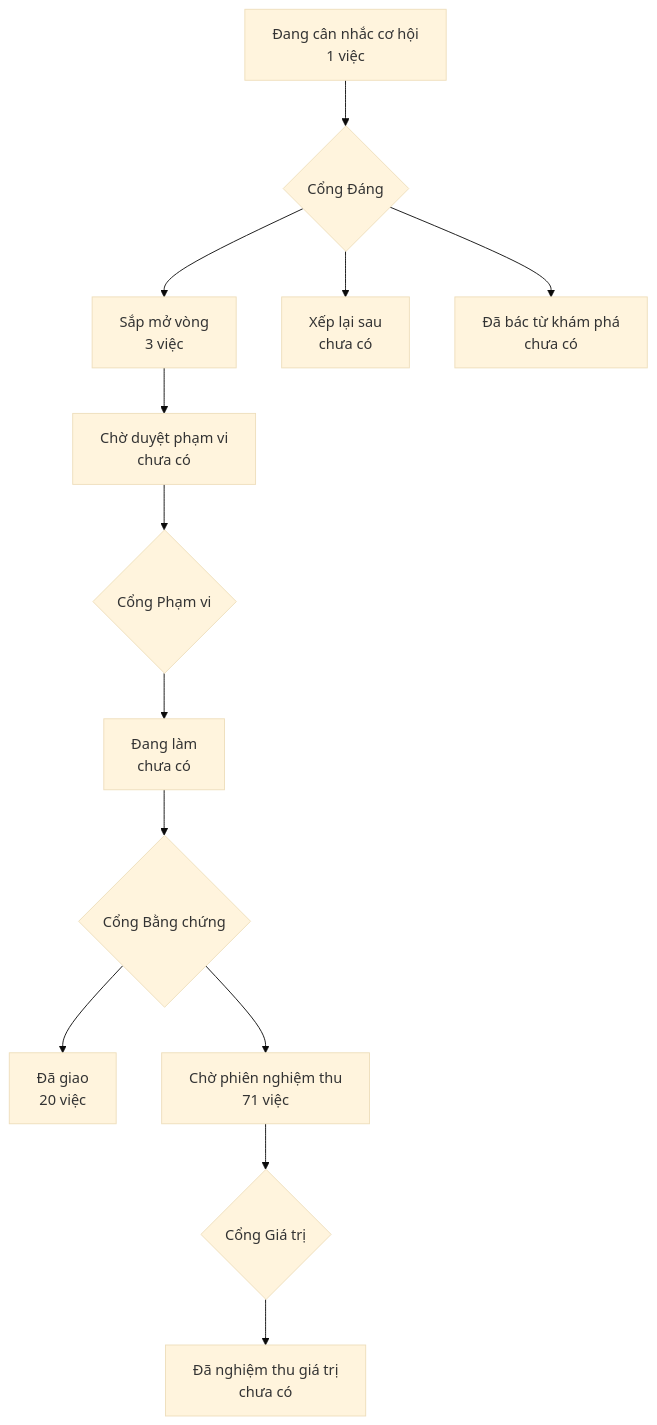
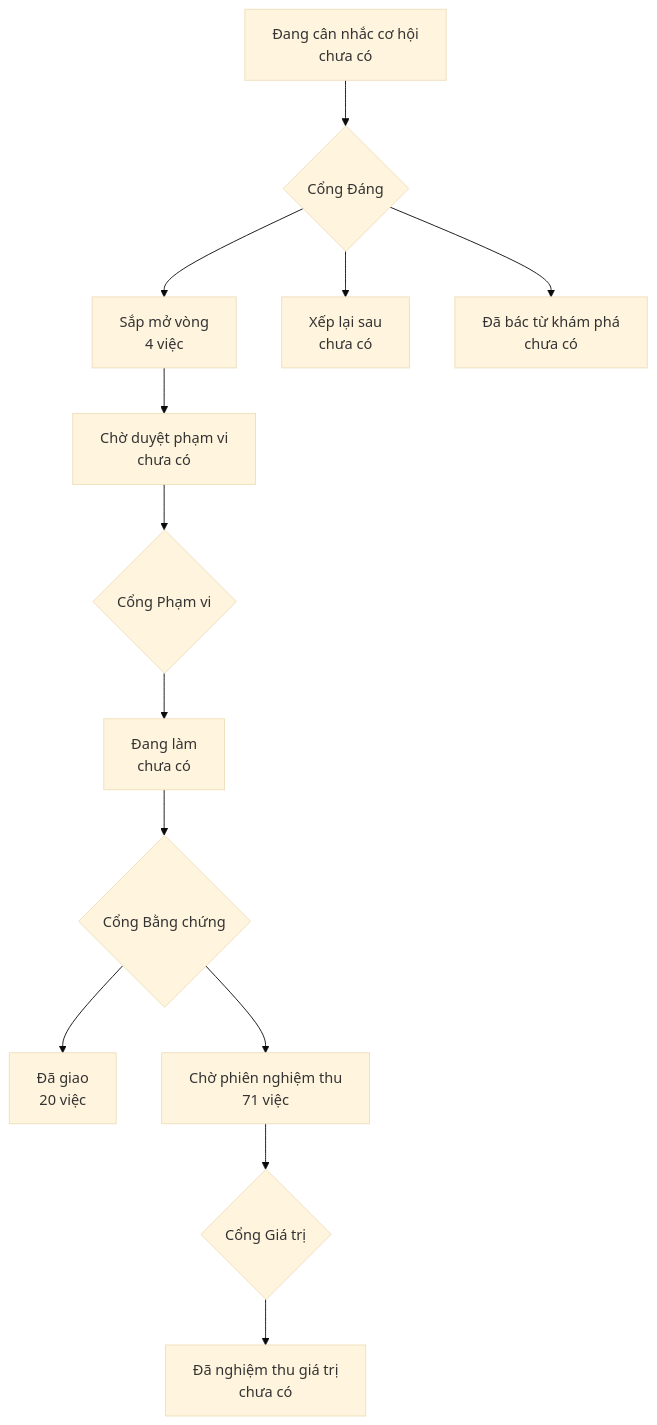
Before and after one commit to phanlemanh/onehub-quy-hang: the diagram in PRODUCT-MAP.md, drawn with Mermaid (base theme). The commit also changed other lines of this file and 2 other files, not shown here.

Commit message:
chore(bang-hang-danh-sach-chi-tiet): Cổng Đáng — build (Manh Phan)

````diff
--- a/PRODUCT-MAP.md
+++ b/PRODUCT-MAP.md
@@ -7,12 +7,12 @@
 ```mermaid
 flowchart TD
-  A["Đang cân nhắc cơ hội<br/>1 việc"] --> GD{"Cổng Đáng"}
-  GD --> B["Sắp mở vòng<br/>3 việc"]
+  A["Đang cân nhắc cơ hội<br/>chưa có"] --> GD{"Cổng Đáng"}
+  GD --> B["Sắp mở vòng<br/>4 việc"]
   GD --> XL["Xếp lại sau<br/>chưa có"]
   GD --> DB["Đã bác từ khám phá<br/>chưa có"]
   B --> CD["Chờ duyệt phạm vi<br/>chưa có"] --> GP{"Cổng Phạm vi"}
   GP --> DL["Đang làm<br/>chưa có"] --> GB{"Cổng Bằng chứng"}
   GB --> DG["Đã giao<br/>20 việc"]
   GB --> CN["Chờ phiên nghiệm thu<br/>71 việc"] --> GG{"Cổng Giá trị"}
   GG --> NT["Đã nghiệm thu giá trị<br/>chưa có"]
 ```
````
